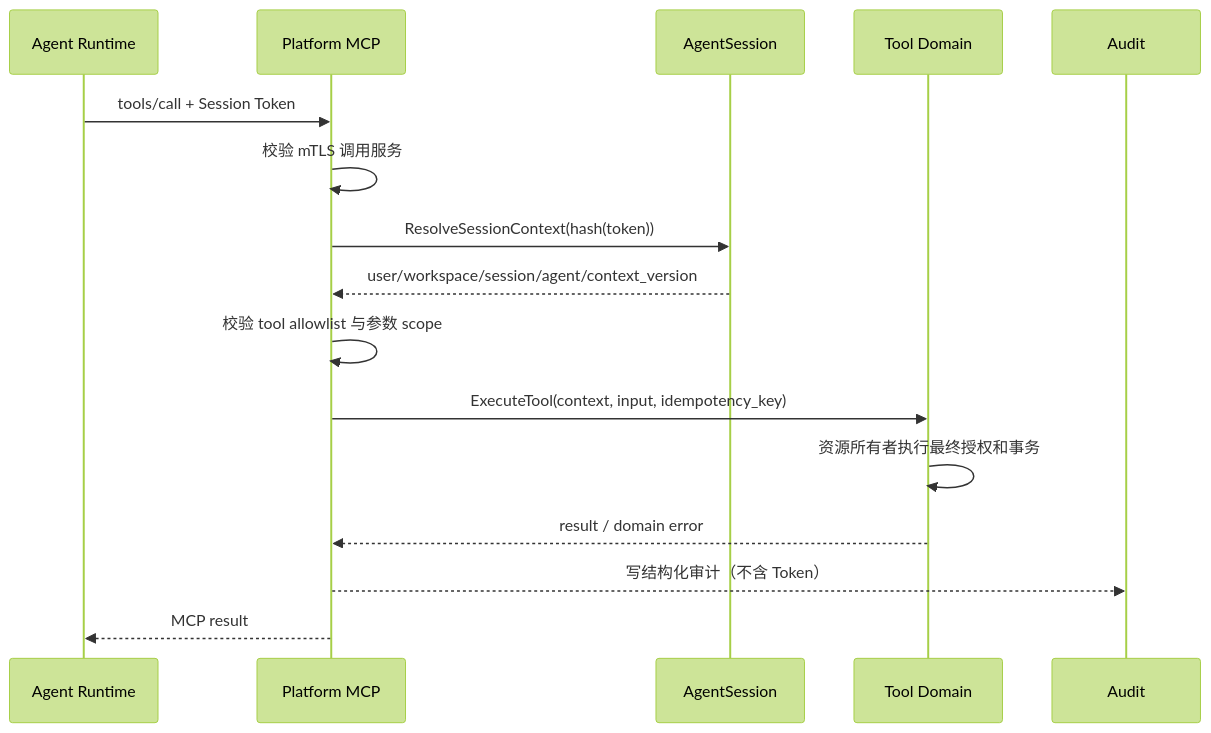
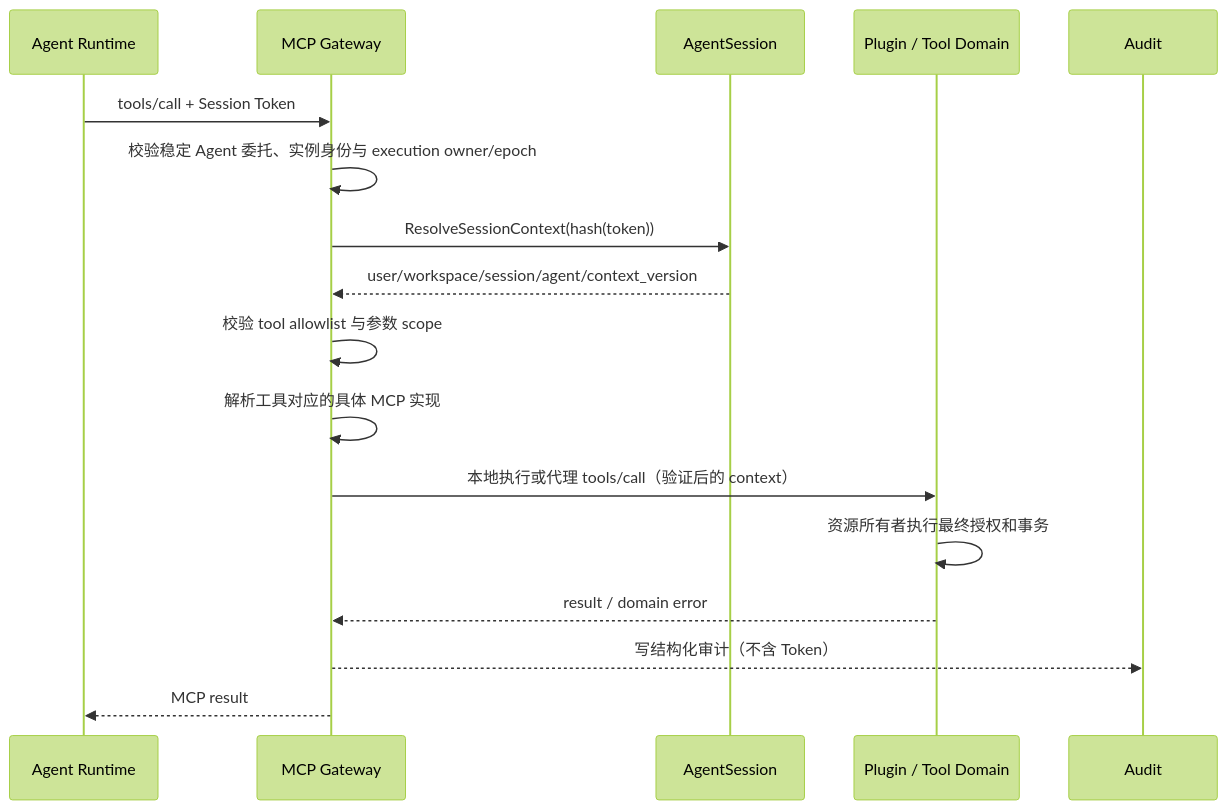
Before and after one commit to hotttao/media_agent: the diagram in docs/ddd/media_agent_gateway/workflow/0004-platform_mcp_invocation/platform_mcp_invocation.md, drawn with Mermaid (forest theme). The commit also changed other lines of this file and 355 other files, not shown here.

Commit message:
feat(agent): implement runtime architecture through workload provisioning

````diff
--- a/docs/ddd/media_agent_gateway/workflow/0004-platform_mcp_invocation/platform_mcp_invocation.md
+++ b/docs/ddd/media_agent_gateway/workflow/0004-platform_mcp_invocation/platform_mcp_invocation.md
@@ -21,18 +21,19 @@
 ```mermaid
 sequenceDiagram
     participant R as Agent Runtime
-    participant M as Platform MCP
+    participant M as MCP Gateway
     participant S as AgentSession
-    participant D as Tool Domain
+    participant D as Plugin / Tool Domain
     participant A as Audit
     R->>M: tools/call + Session Token
-    M->>M: 校验 mTLS 调用服务
+    M->>M: 校验稳定 Agent 委托、实例身份与 execution owner/epoch
     M->>S: ResolveSessionContext(hash(token))
     S-->>M: user/workspace/session/agent/context_version
     M->>M: 校验 tool allowlist 与参数 scope
-    M->>D: ExecuteTool(context, input, idempotency_key)
+    M->>M: 解析工具对应的具体 MCP 实现
+    M->>D: 本地执行或代理 tools/call（验证后的 context）
     D->>D: 资源所有者执行最终授权和事务
     D-->>M: result / domain error
     M-->>A: 写结构化审计（不含 Token）
     M-->>R: MCP result
 ```
````
